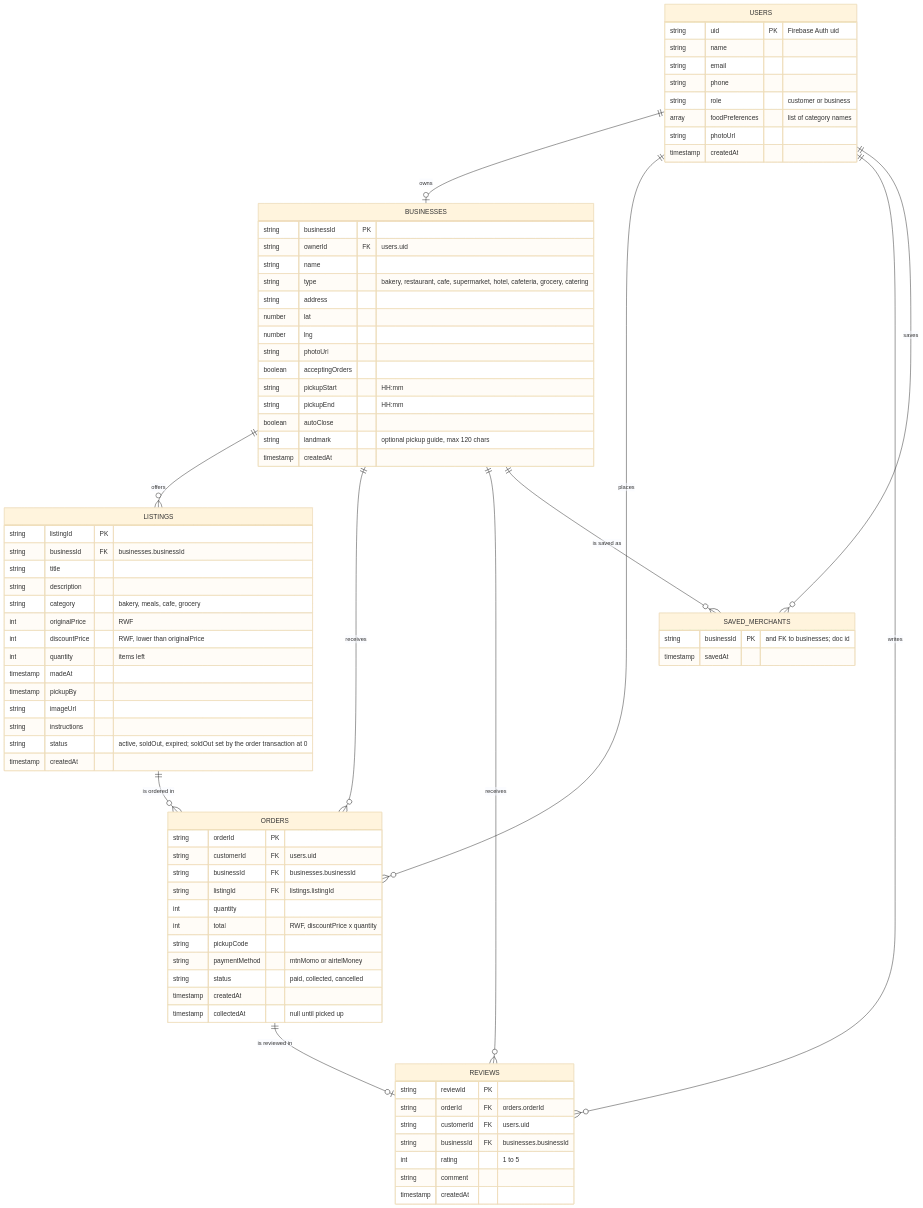
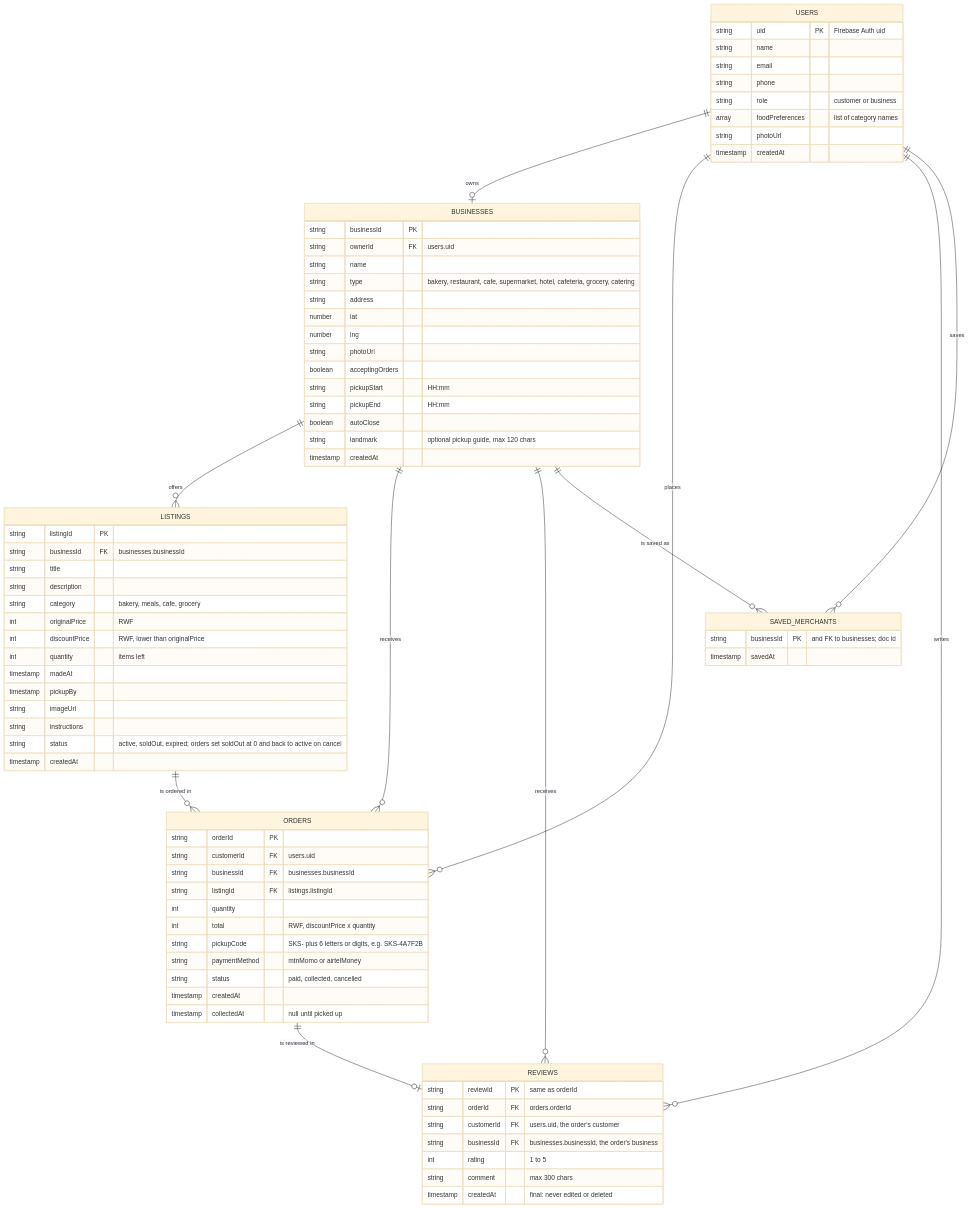
Before and after one commit to Melyssa-Ingabe/sokosafi: the diagram in docs/database/erd.md, drawn with Mermaid (base theme). The commit also changed other lines of this file, not shown here.

Commit message:
docs(erd): show review id is the order id and add orders index

```diff
--- a/docs/database/erd.md
+++ b/docs/database/erd.md
@@ -58,7 +58,7 @@
         timestamp pickupBy
         string imageUrl
         string instructions
-        string status "active, soldOut, expired; soldOut set by the order transaction at 0"
+        string status "active, soldOut, expired; orders set soldOut at 0 and back to active on cancel"
         timestamp createdAt
     }
 
@@ -69,7 +69,7 @@
         string listingId FK "listings.listingId"
         int quantity
         int total "RWF, discountPrice x quantity"
-        string pickupCode
+        string pickupCode "SKS- plus 6 letters or digits, e.g. SKS-4A7F2B"
         string paymentMethod "mtnMomo or airtelMoney"
         string status "paid, collected, cancelled"
         timestamp createdAt
@@ -77,13 +77,13 @@
     }
 
     REVIEWS {
-        string reviewId PK
+        string reviewId PK "same as orderId"
         string orderId FK "orders.orderId"
-        string customerId FK "users.uid"
-        string businessId FK "businesses.businessId"
+        string customerId FK "users.uid, the order's customer"
+        string businessId FK "businesses.businessId, the order's business"
         int rating "1 to 5"
-        string comment
-        timestamp createdAt
+        string comment "max 300 chars"
+        timestamp createdAt "final: never edited or deleted"
     }
 
     SAVED_MERCHANTS {
```
